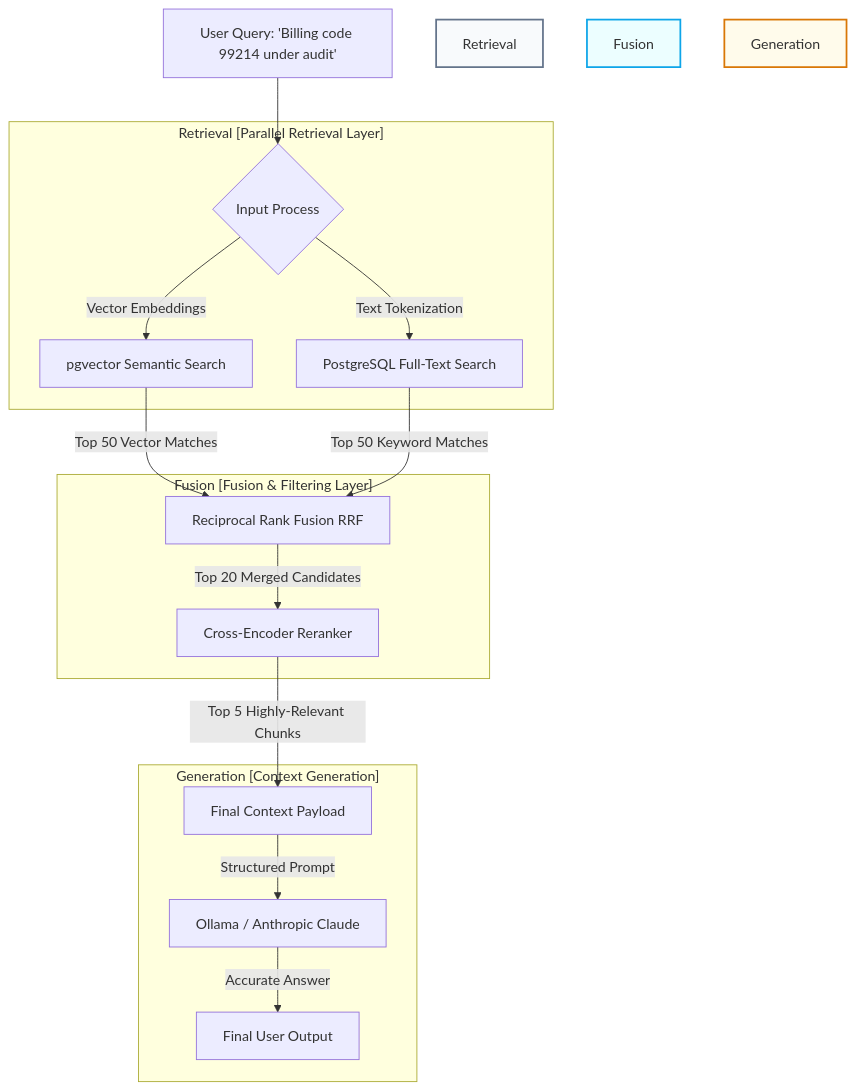
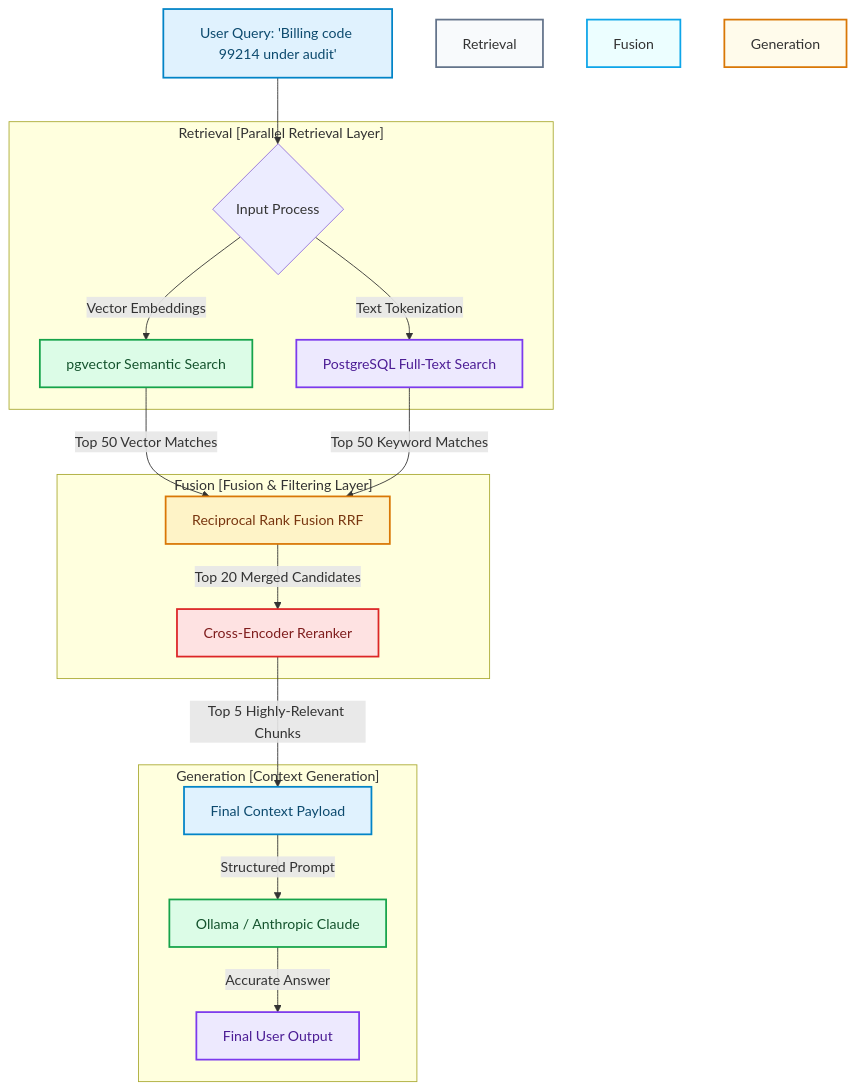
One commit to akmalkhaniub/akmalkhaniub.github.io changed the diagram in blog/posts/why-rag-fails-production.md. Above: the diagram before and after it, drawn with Mermaid. The commit also changed other lines of this file and 1291 other files, not shown here.

First line of the commit message:
feat(catalog): unique covers, scholarly references, and diagram palettes

````diff
--- a/blog/posts/why-rag-fails-production.md
+++ b/blog/posts/why-rag-fails-production.md
@@ -22,25 +22,36 @@
 ```mermaid
 flowchart TD
-    UserQuery[User Query: 'Billing code 99214 under audit'] --> InputProc{Input Process}
+    UserQuery["User Query: 'Billing code 99214 under audit'"] --> InputProc{Input Process}
     
     subgraph SG1_RetrievalParallelRetrieval ["Retrieval [Parallel Retrieval Layer]"]
-        InputProc -->|Vector Embeddings| VecSearch[pgvector Semantic Search]
-        InputProc -->|Text Tokenization| LexSearch[PostgreSQL Full-Text Search]
+        InputProc -->|Vector Embeddings| VecSearch["pgvector Semantic Search"]
+        InputProc -->|Text Tokenization| LexSearch["PostgreSQL Full-Text Search"]
     end
 
     subgraph SG2_FusionFusionFiltering ["Fusion [Fusion & Filtering Layer]"]
-        VecSearch -->|Top 50 Vector Matches| RRF[Reciprocal Rank Fusion RRF]
+        VecSearch -->|Top 50 Vector Matches| RRF["Reciprocal Rank Fusion RRF"]
         LexSearch -->|Top 50 Keyword Matches| RRF
-        RRF -->|Top 20 Merged Candidates| Reranker[Cross-Encoder Reranker]
+        RRF -->|Top 20 Merged Candidates| Reranker["Cross-Encoder Reranker"]
     end
 
     subgraph SG3_GenerationContextGeneration ["Generation [Context Generation]"]
-        Reranker -->|Top 5 Highly-Relevant Chunks| Context[Final Context Payload]
-        Context -->|Structured Prompt| LLM[Ollama / Anthropic Claude]
-        LLM -->|Accurate Answer| User[Final User Output]
+        Reranker -->|Top 5 Highly-Relevant Chunks| Context["Final Context Payload"]
+        Context -->|Structured Prompt| LLM["Ollama / Anthropic Claude"]
+        LLM -->|Accurate Answer| User["Final User Output"]
     end
 
     style Retrieval fill:#f8fafc,stroke:#64748b,stroke-width:2px
     style Fusion fill:#ecfeff,stroke:#0ea5e9,stroke-width:2px
     style Generation fill:#fffbeb,stroke:#d97706,stroke-width:2px
+
+classDef green fill:#dcfce7,stroke:#16a34a,stroke-width:2px,color:#14532d;
+classDef red fill:#fee2e2,stroke:#dc2626,stroke-width:2px,color:#7f1d1d;
+classDef blue fill:#e0f2fe,stroke:#0284c7,stroke-width:2px,color:#0c4a6e;
+classDef yellow fill:#fef3c7,stroke:#d97706,stroke-width:2px,color:#78350f;
+classDef purple fill:#ede9fe,stroke:#7c3aed,stroke-width:2px,color:#4c1d95;
+class UserQuery,Context blue
+class VecSearch,LLM green
+class LexSearch,User purple
+class RRF yellow
+class Reranker red
 ```
````
